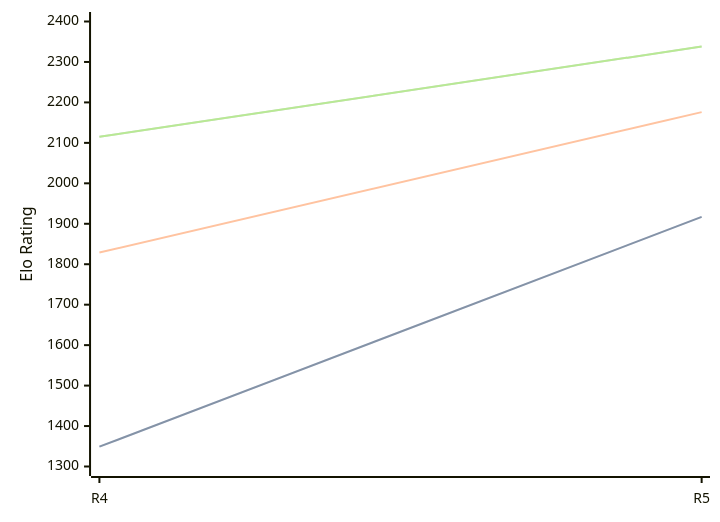
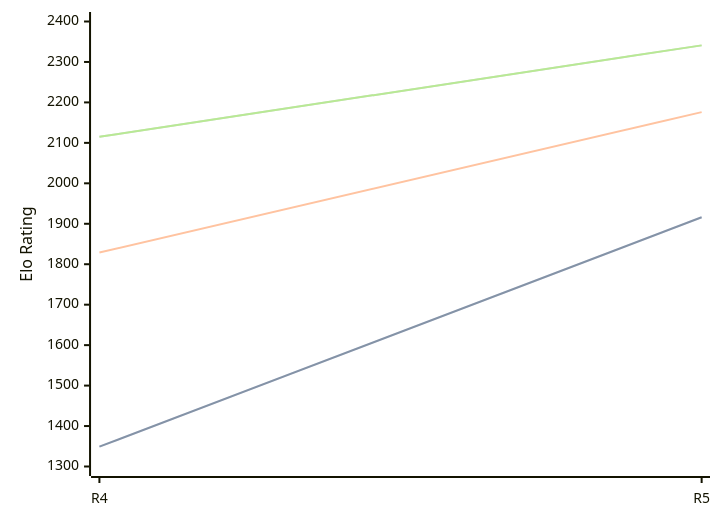
Before and after one commit to computer-chess-index/cci: the diagram in engines/Viking.md, drawn with Mermaid. The commit also changed other lines of this file, not shown here.

Commit message:
Update CCI Ratings (ELO VLTC) - 2026-08-24

````diff
--- a/engines/Viking.md
+++ b/engines/Viking.md
@@ -35,11 +35,11 @@
 ```mermaid
 %%{init: {"theme":"base","themeVariables":{"seriesColors:['#a3a3a3','#222221','#faa371']}}}%%
 xychart-beta
   x-axis ["R4", "R5"]
   y-axis "Elo Rating" 1300 --> 2400
-  line "STC (8.0+0.08s)" [1349, 1917]
-  line "STC (8.0+0.08s)" [1349, 1917]
+  line "STC (8.0+0.08s)" [1349, 1916]
+  line "STC (8.0+0.08s)" [1349, 1916]
   line "LTC (60.0+0.60s)" [1829, 2176]
-  line "VLTC (2m24s+1.12s)" [2115, 2338]
-  line "VLTC (2m24s+1.12s)" [2115, 2338]
+  line "VLTC (2m24s+1.12s)" [2115, 2341]
+  line "VLTC (2m24s+1.12s)" [2115, 2341]
 ```
````
